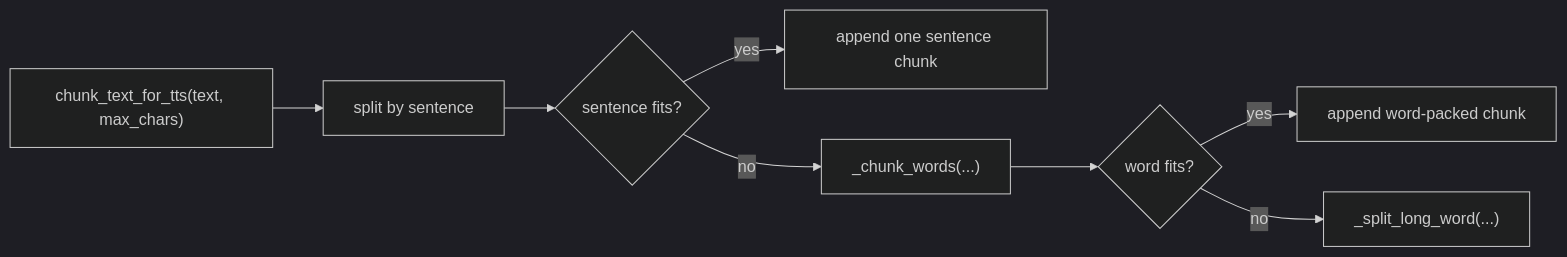
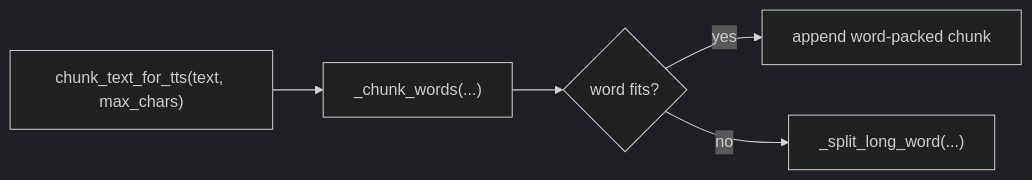
One commit to gaelic-ghost/speak-to-user changed the fifth of 5 diagrams in WORKFLOWS.md. Above: the diagram before and after it, drawn with Mermaid (dark theme). The commit also changed other lines of this file and 4 other files, not shown here.

Commit message:
Switch speak_text to word-level chunking

````diff
--- a/WORKFLOWS.md
+++ b/WORKFLOWS.md
@@ -83,10 +83,7 @@
 ```mermaid
 flowchart LR
-    A["chunk_text_for_tts(text, max_chars)"] --> B["split by sentence"]
-    B --> C{"sentence fits?"}
-    C -->|yes| D["append one sentence chunk"]
-    C -->|no| E["_chunk_words(...)"]
-    E --> F{"word fits?"}
-    F -->|yes| G["append word-packed chunk"]
-    F -->|no| H["_split_long_word(...)"]
+    A["chunk_text_for_tts(text, max_chars)"] --> B["_chunk_words(...)"]
+    B --> C{"word fits?"}
+    C -->|yes| D["append word-packed chunk"]
+    C -->|no| E["_split_long_word(...)"]
 ```
````
